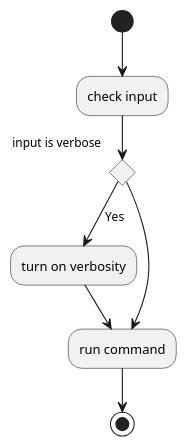
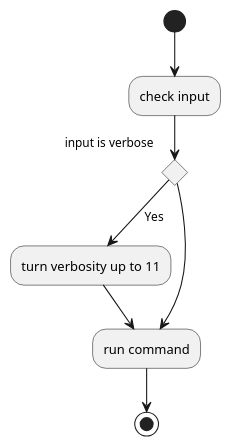
The diagram in how_the_system_works.puml (austinwiltshire/puml_test), drawn with PlantUML before and after one commit.

Commit message:
fixed a command

```diff
--- a/how_the_system_works.puml
+++ b/how_the_system_works.puml
@@ -1,10 +1,10 @@
 @startuml
 (*)  --> "check input"
 If "input is verbose" then
---> [Yes] "turn on verbosity"
+--> [Yes] "turn verbosity up to 11"
 --> "run command"
 else
 --> "run command"
 Endif
 -->(*)
 @enduml
```
